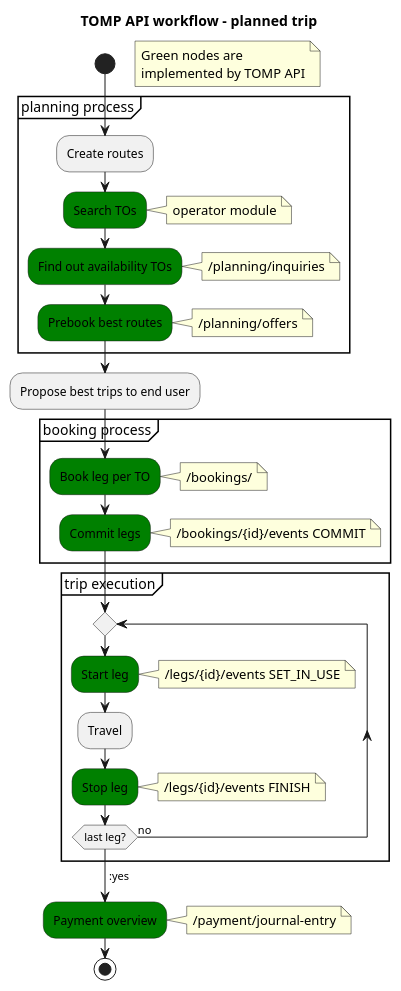
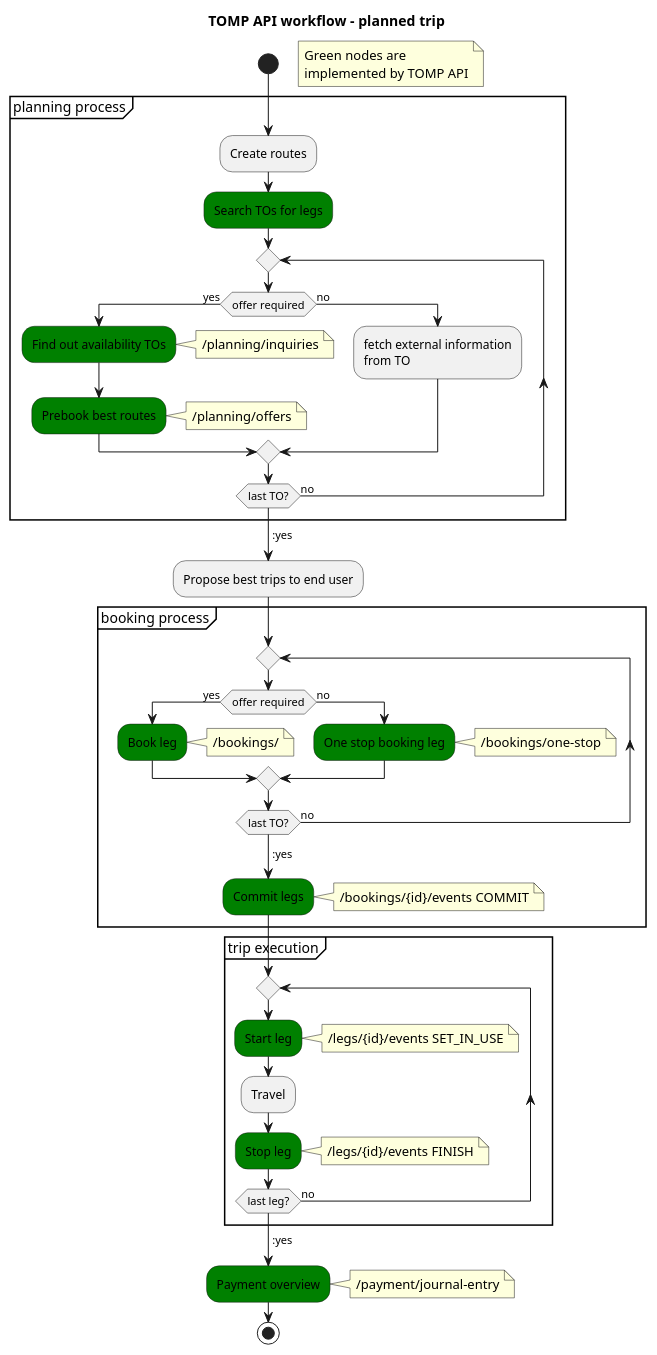
The diagram in plantuml/planned-trip-activity-diagram.plantuml (TOMP-WG/TOMP-API), drawn with PlantUML before and after one commit.

```diff
--- a/plantuml/planned-trip-activity-diagram.plantuml
+++ b/plantuml/planned-trip-activity-diagram.plantuml
@@ -1,60 +1,74 @@
 @startuml planned-trip
 
 title TOMP API workflow - planned trip
 
 start
 
 floating note right: Green nodes are \nimplemented by TOMP API
 
 partition "planning process" {
 :Create routes;
-#green:Search TOs;
-note right
-  operator module
-end note
-#green:Find out availability TOs;
-note right
-  /planning/inquiries
-end note
-#green:Prebook best routes;
-note right
-  /planning/offers
-end note
+#green:Search TOs for legs;
+repeat
+	if (offer required) then (yes)
+		#green:Find out availability TOs;
+		note right
+		  /planning/inquiries
+		end note
+		#green:Prebook best routes;
+		note right
+		  /planning/offers
+		end note
+	else (no)
+		:fetch external information\nfrom TO;
+	endif 
+repeat while(last TO?) is (no)
+->:yes;
 }
 
 :Propose best trips to end user;
 
 partition "booking process" {
-#green:Book leg per TO;
-note right
-  /bookings/
-end note
+repeat
+	if (offer required) then (yes)
+		#green:Book leg;
+		note right
+		  /bookings/
+		end note
+	else (no)
+		#green:One stop booking leg;
+		note right
+		  /bookings/one-stop
+		end note
+	endif
+repeat while(last TO?) is (no)
+->:yes;
 #green:Commit legs;
 note right
   /bookings/{id}/events COMMIT
 end note
 }
 
 partition "trip execution" {
 repeat 
 #green:Start leg;
 note right
   /legs/{id}/events SET_IN_USE
 end note
 :Travel;
 #green:Stop leg;
 note right
   /legs/{id}/events FINISH
 end note
 repeat while (last leg?) is (no)
 ->:yes;
 }
 
 #green:Payment overview;
 note right
   /payment/journal-entry
 end note
 
 stop
 
 @enduml
```
